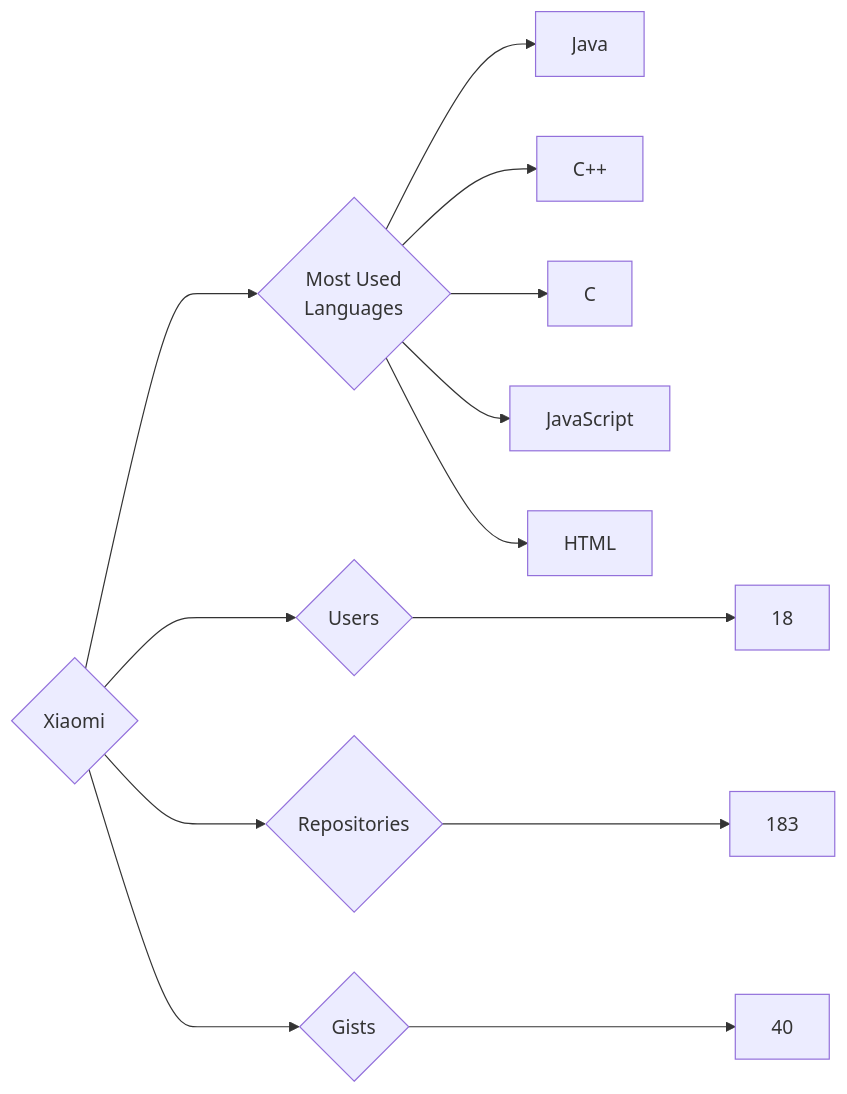
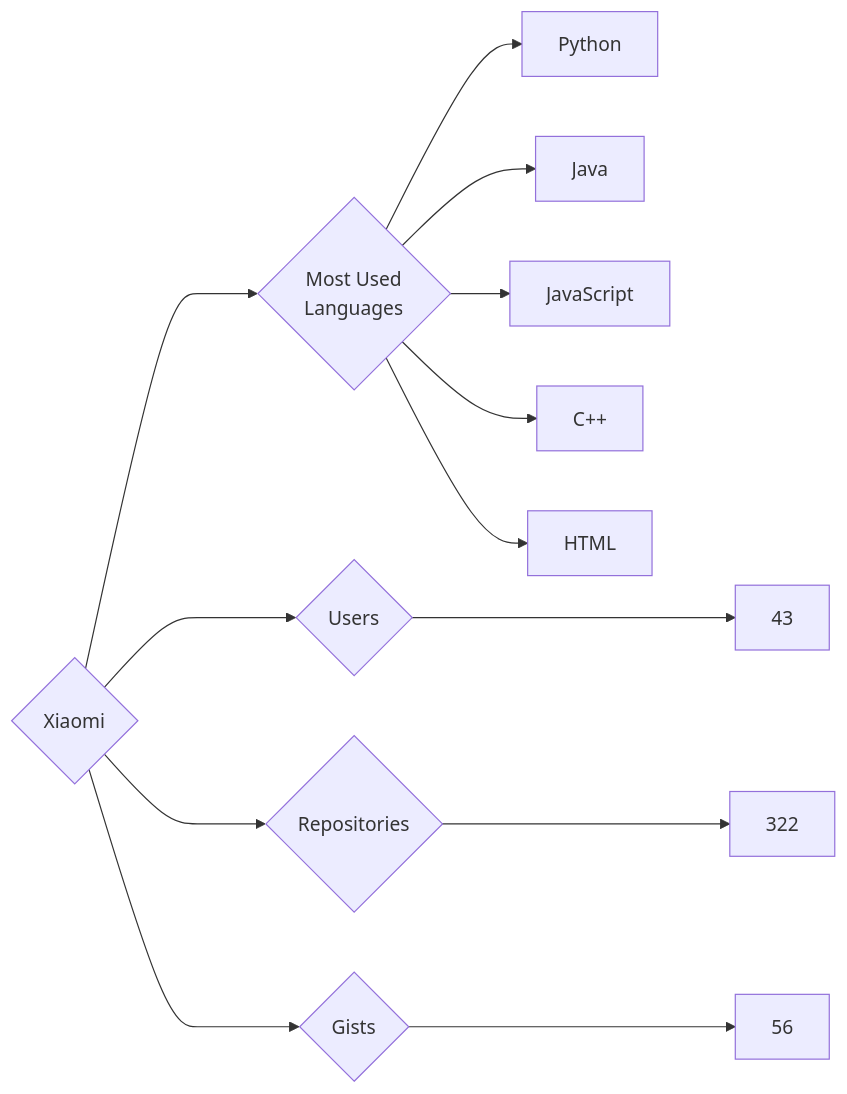
One commit to trickest/insiders changed the diagram in targets/Xiaomi/README.md. Above: the diagram before and after it, drawn with Mermaid. The commit also changed 895 other files, not shown here.

````diff
--- a/targets/Xiaomi/README.md
+++ b/targets/Xiaomi/README.md
@@ -3,13 +3,13 @@
 ```mermaid
 graph LR
 COMPANY_NAME{Xiaomi}
-COMPANY_NAME ---> U{Users} ---> UN[18]
-COMPANY_NAME ---> R{Repositories} ---> RN[183]
-COMPANY_NAME ---> G{Gists} ---> GN[40]
+COMPANY_NAME ---> U{Users} ---> UN[43]
+COMPANY_NAME ---> R{Repositories} ---> RN[322]
+COMPANY_NAME ---> G{Gists} ---> GN[56]
 COMPANY_NAME ---> ML{Most Used<br>Languages}
+ML --> Python[Python]
 ML --> Java[Java]
+ML --> JavaScript[JavaScript]
 ML --> C++[C++]
-ML --> C[C]
-ML --> JavaScript[JavaScript]
 ML --> HTML[HTML]
 ```
````
